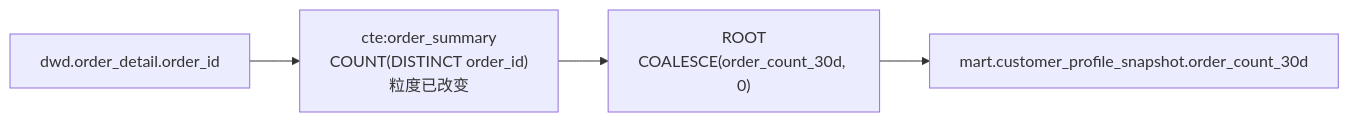
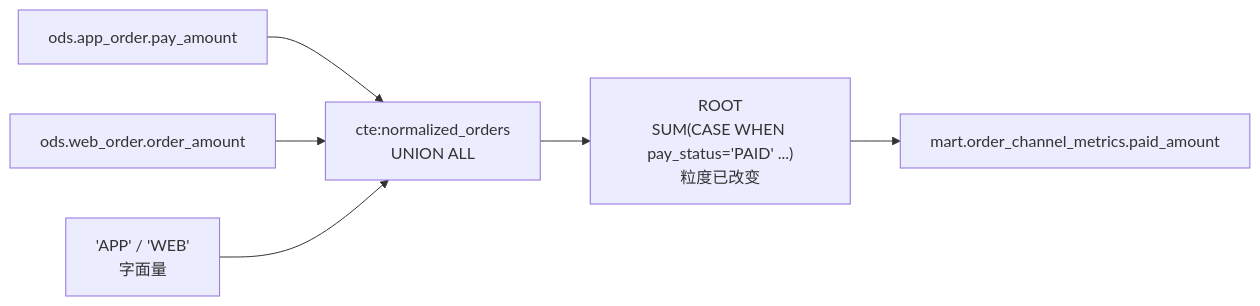
Before and after one commit to realyin/scope-lineage: the first of 2 diagrams in README.zh-CN.md, drawn with Mermaid. The commit also changed other lines of this file and 1 other file, not shown here.

````diff
--- a/README.zh-CN.md
+++ b/README.zh-CN.md
@@ -38,6 +42,8 @@
 ```mermaid
 flowchart LR
-    S["dwd.order_detail.order_id"] --> A["cte:order_summary<br/>COUNT(DISTINCT order_id)<br/>粒度已改变"]
-    A --> R["ROOT<br/>COALESCE(order_count_30d, 0)"]
-    R --> T["mart.customer_profile_snapshot.order_count_30d"]
+    A["ods.app_order.pay_amount"] --> N["cte:normalized_orders<br/>UNION ALL"]
+    W["ods.web_order.order_amount"] --> N
+    L["'APP' / 'WEB'<br/>字面量"] --> N
+    N --> R["ROOT<br/>SUM(CASE WHEN pay_status='PAID' ...)<br/>粒度已改变"]
+    R --> T["mart.order_channel_metrics.paid_amount"]
 ```
````
